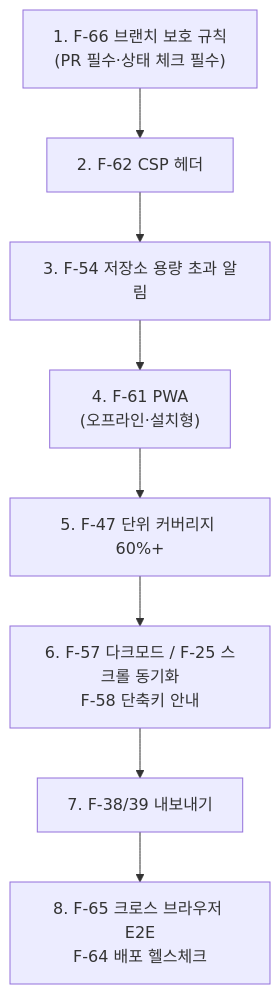
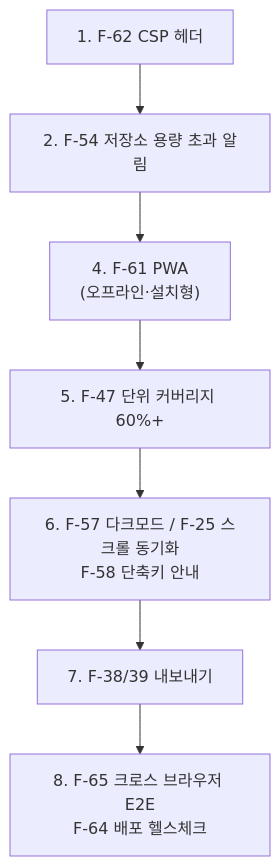
One commit to devworld-ltd/markdownEditor changed the diagram in docs/features/feature-status.md. Above: the diagram before and after it, drawn with Mermaid. The commit also changed other lines of this file and 2 other files, not shown here.

First line of the commit message:
docs: main·dev 브랜치 보호 규칙 적용 (F-66)

````diff
--- a/docs/features/feature-status.md
+++ b/docs/features/feature-status.md
@@ -146,10 +146,9 @@
 ```mermaid
 graph TD
-  A["1. F-66 브랜치 보호 규칙<br/>(PR 필수·상태 체크 필수)"] --> B["2. F-62 CSP 헤더"]
-  B --> C["3. F-54 저장소 용량 초과 알림"]
+  B["1. F-62 CSP 헤더"] --> C["2. F-54 저장소 용량 초과 알림"]
   C --> D["4. F-61 PWA<br/>(오프라인·설치형)"]
   D --> E["5. F-47 단위 커버리지 60%+"]
   E --> F["6. F-57 다크모드 / F-25 스크롤 동기화<br/>F-58 단축키 안내"]
   F --> G["7. F-38/39 내보내기"]
   G --> H["8. F-65 크로스 브라우저 E2E<br/>F-64 배포 헬스체크"]
 ```
````
